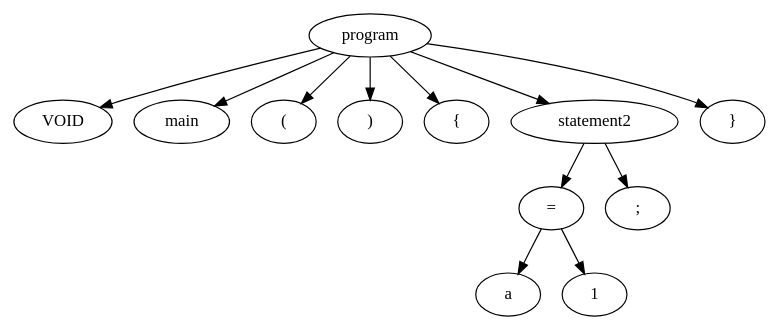
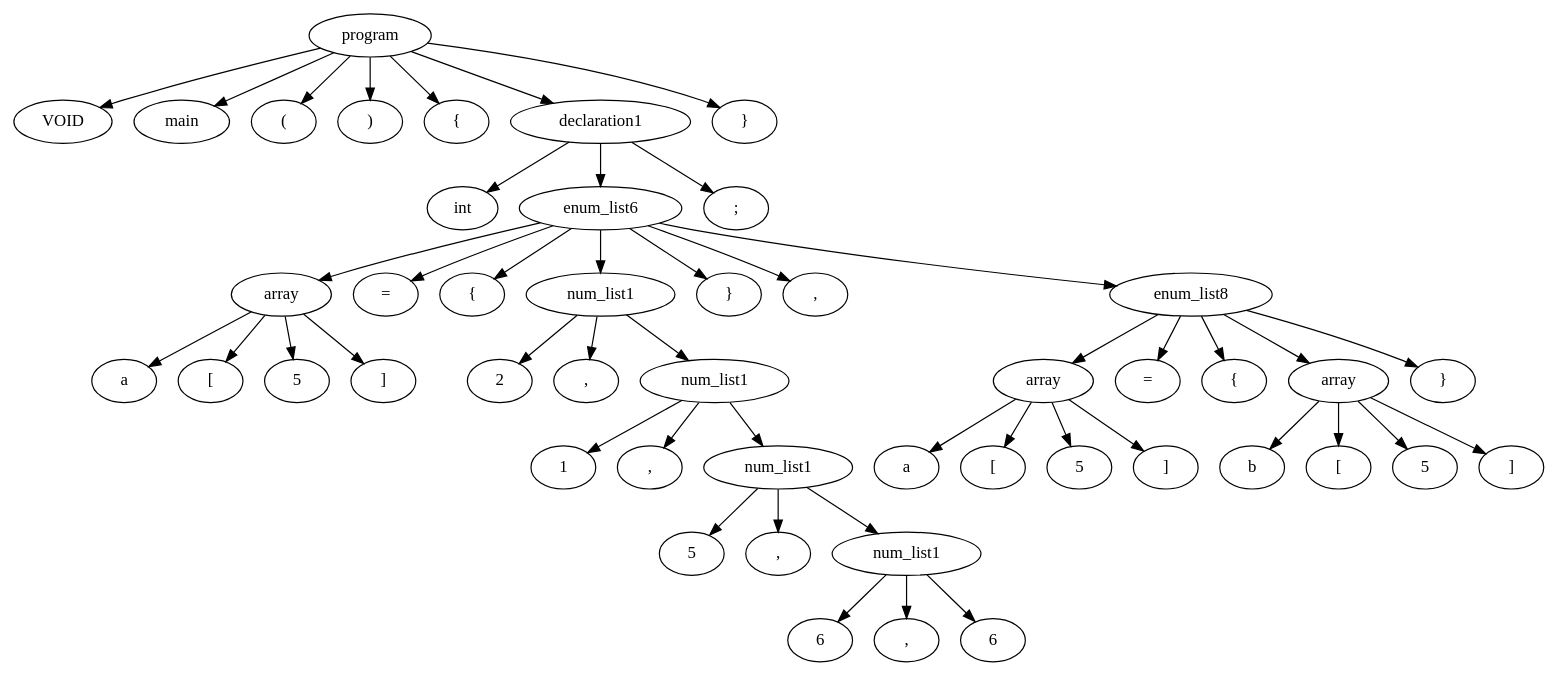
One commit to sumedhm/compilers changed the diagram in project/ast.dot. Above: the diagram before and after it, drawn with Graphviz. The commit also changed 13 other files, not shown here.

```diff
--- a/project/ast.dot
+++ b/project/ast.dot
@@ -1,28 +1,98 @@
 strict digraph graphname {
 
 0 [label="program"]
 1 [label=" VOID "]; 
 0 -> 1 ; 
 2 [label=" main "]; 
 0 -> 2 ; 
 3 [label=" ( "]; 
 0 -> 3 ; 
 4 [label=" ) "]; 
 0 -> 4 ; 
 5 [label=" { "]; 
 0 -> 5 ; 
-6 [label=" statement2 "]; 
+6 [label=" declaration1 "]; 
 0 -> 6 ; 
-7 [label=" = "]; 
+7 [label=" int "]; 
 6 -> 7 ; 
-8 [label=" a "]; 
-7 -> 8 ; 
-9 [label=" 1 "]; 
-7 -> 9 ; 
-10 [label=" ; "]; 
-6 -> 10 ; 
-11 [label=" } "]; 
-0 -> 11 ; 
+8 [label=" enum_list6 "]; 
+6 -> 8 ; 
+9 [label=" array "]; 
+8 -> 9 ; 
+10 [label=" a "]; 
+9 -> 10 ; 
+11 [label=" [ "]; 
+9 -> 11 ; 
+12 [label=" 5 "]; 
+9 -> 12 ; 
+13 [label=" ] "]; 
+9 -> 13 ; 
+14 [label=" = "]; 
+8 -> 14 ; 
+15 [label=" { "]; 
+8 -> 15 ; 
+16 [label=" num_list1 "]; 
+8 -> 16 ; 
+17 [label=" 2 "]; 
+16 -> 17 ; 
+18 [label=" , "]; 
+16 -> 18 ; 
+19 [label=" num_list1 "]; 
+16 -> 19 ; 
+20 [label=" 1 "]; 
+19 -> 20 ; 
+21 [label=" , "]; 
+19 -> 21 ; 
+22 [label=" num_list1 "]; 
+19 -> 22 ; 
+23 [label=" 5 "]; 
+22 -> 23 ; 
+24 [label=" , "]; 
+22 -> 24 ; 
+25 [label=" num_list1 "]; 
+22 -> 25 ; 
+26 [label=" 6 "]; 
+25 -> 26 ; 
+27 [label=" , "]; 
+25 -> 27 ; 
+28 [label=" 6 "]; 
+25 -> 28 ; 
+29 [label=" } "]; 
+8 -> 29 ; 
+30 [label=" , "]; 
+8 -> 30 ; 
+31 [label=" enum_list8 "]; 
+8 -> 31 ; 
+32 [label=" array "]; 
+31 -> 32 ; 
+33 [label=" a "]; 
+32 -> 33 ; 
+34 [label=" [ "]; 
+32 -> 34 ; 
+35 [label=" 5 "]; 
+32 -> 35 ; 
+36 [label=" ] "]; 
+32 -> 36 ; 
+37 [label=" = "]; 
+31 -> 37 ; 
+38 [label=" { "]; 
+31 -> 38 ; 
+39 [label=" array "]; 
+31 -> 39 ; 
+40 [label=" b "]; 
+39 -> 40 ; 
+41 [label=" [ "]; 
+39 -> 41 ; 
+42 [label=" 5 "]; 
+39 -> 42 ; 
+43 [label=" ] "]; 
+39 -> 43 ; 
+44 [label=" } "]; 
+31 -> 44 ; 
+45 [label=" ; "]; 
+6 -> 45 ; 
+46 [label=" } "]; 
+0 -> 46 ; 
 
 
 }
```
